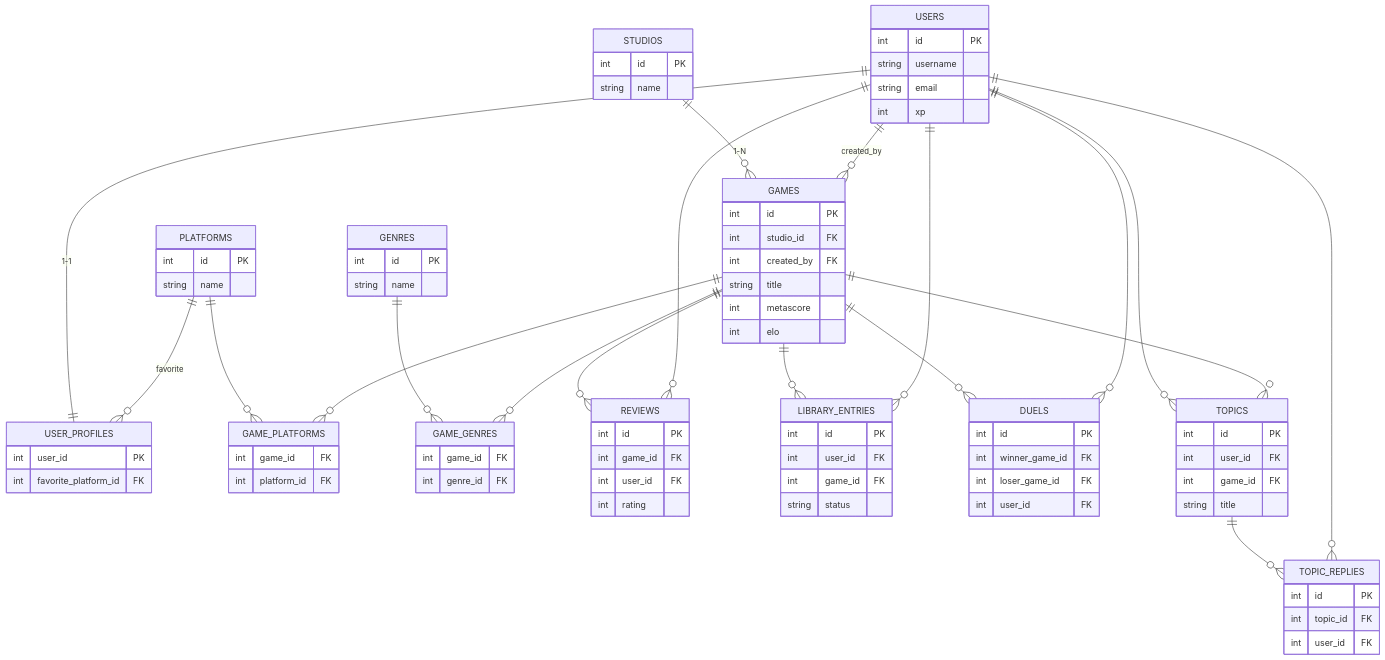
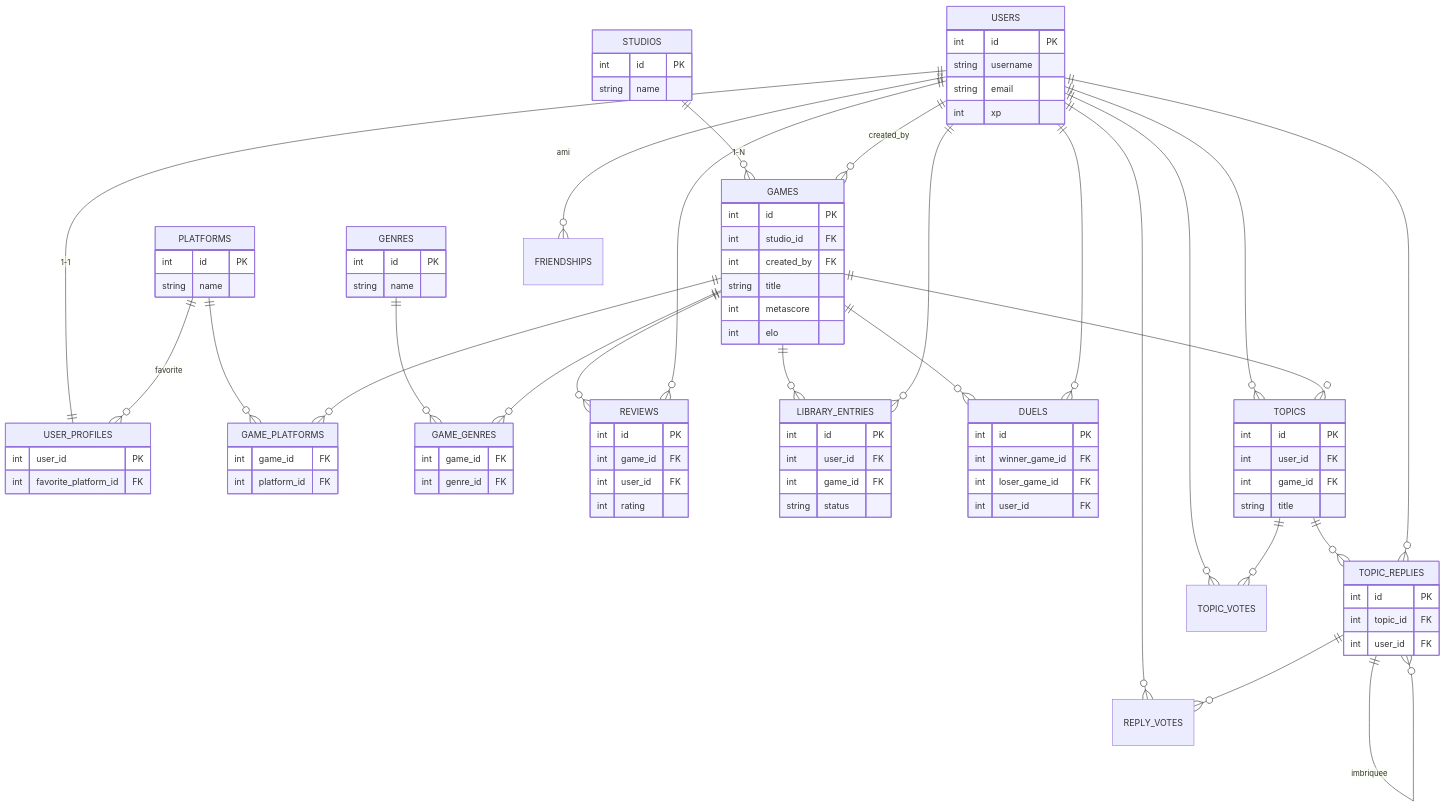
Before and after one commit to neorxprod/ludorivya: the diagram in README.md, drawn with Mermaid. The commit also changed other lines of this file and 39 other files, not shown here.

```diff
--- a/README.md
+++ b/README.md
@@ -205,6 +207,12 @@
     GAMES     ||--o{ TOPICS          : ""
     TOPICS    ||--o{ TOPIC_REPLIES   : ""
     USERS     ||--o{ TOPIC_REPLIES   : ""
+    TOPIC_REPLIES ||--o{ TOPIC_REPLIES : "imbriquee"
+    USERS     ||--o{ TOPIC_VOTES     : ""
+    TOPICS    ||--o{ TOPIC_VOTES     : ""
+    USERS     ||--o{ REPLY_VOTES     : ""
+    TOPIC_REPLIES ||--o{ REPLY_VOTES : ""
+    USERS     ||--o{ FRIENDSHIPS     : "ami"
 
     GAMES {
         int id PK
```
